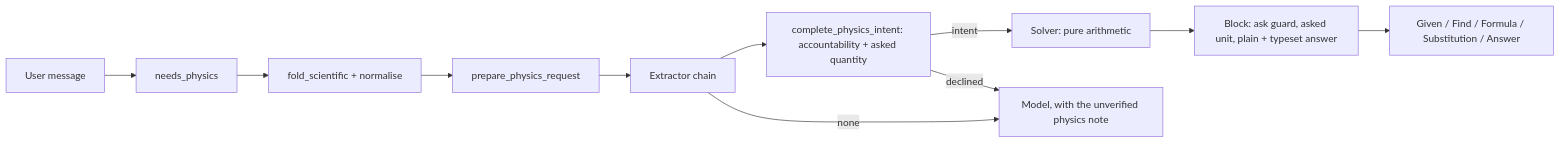
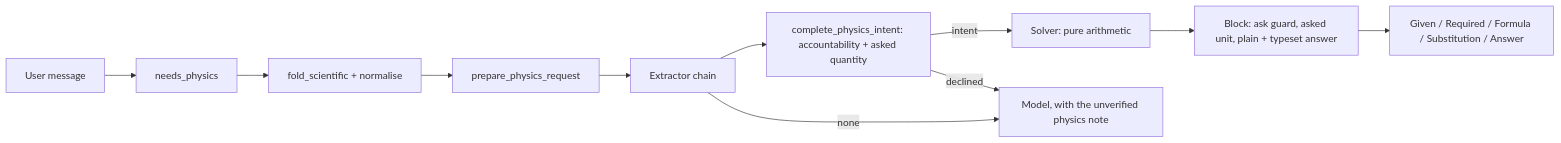
The diagram in docs/physics.md (bennnnnn/recall), drawn with Mermaid before and after one commit. The commit also changed other lines of this file and 64 other files, not shown here.

````diff
--- a/docs/physics.md
+++ b/docs/physics.md
@@ -13,13 +13,13 @@
 ```mermaid
 flowchart LR
   message[User message] --> gate[needs_physics]
   gate --> read[fold_scientific + normalise]
   read --> prepare[prepare_physics_request]
   prepare --> extract[Extractor chain]
   extract --> complete[complete_physics_intent: accountability + asked quantity]
   complete -->|intent| solve[Solver: pure arithmetic]
   solve --> block[Block: ask guard, asked unit, plain + typeset answer]
-  block --> direct[Given / Find / Formula / Substitution / Answer]
+  block --> direct[Given / Required / Formula / Substitution / Answer]
   extract -->|none| model[Model, with the unverified physics note]
   complete -->|declined| model
 ```
````
